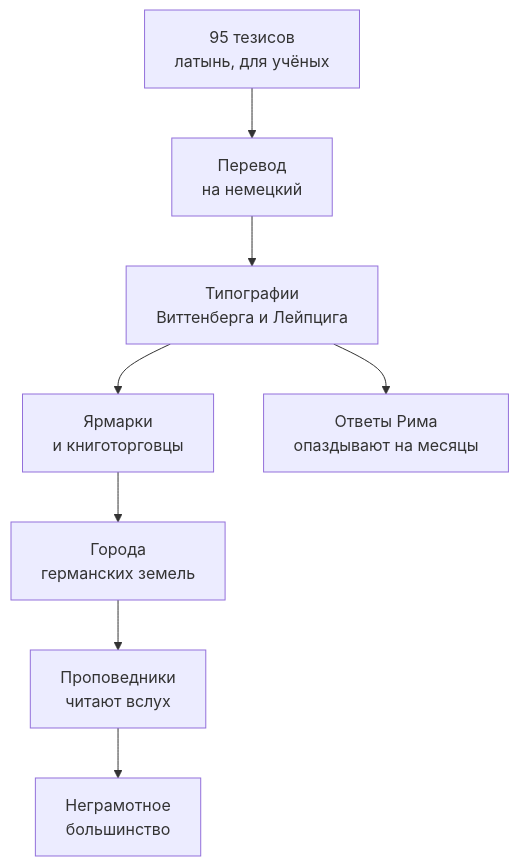
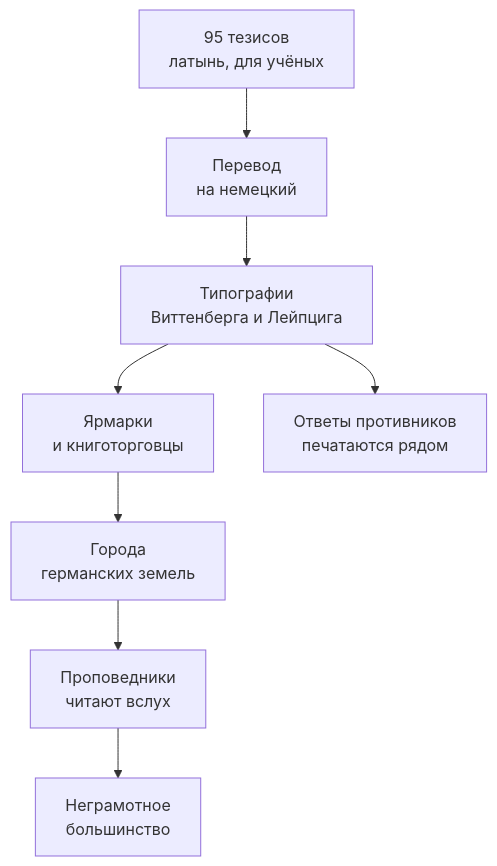
Before and after one commit to metalinjector/history-line: the diagram in content/items/germany/de-luther-1517.md, drawn with Mermaid. The commit also changed other lines of this file and 39 other files, not shown here.

````diff
--- a/content/items/germany/de-luther-1517.md
+++ b/content/items/germany/de-luther-1517.md
@@ -44,10 +45,10 @@
 ```mermaid
 flowchart TD
   A["95 тезисов<br/>латынь, для учёных"] --> B["Перевод<br/>на немецкий"]
   B --> C["Типографии<br/>Виттенберга и Лейпцига"]
   C --> D["Ярмарки<br/>и книготорговцы"]
   D --> E["Города<br/>германских земель"]
   E --> F["Проповедники<br/>читают вслух"]
   F --> G["Неграмотное<br/>большинство"]
-  C --> H["Ответы Рима<br/>опаздывают на месяцы"]
+  C --> H["Ответы противников<br/>печатаются рядом"]
 ```
````
